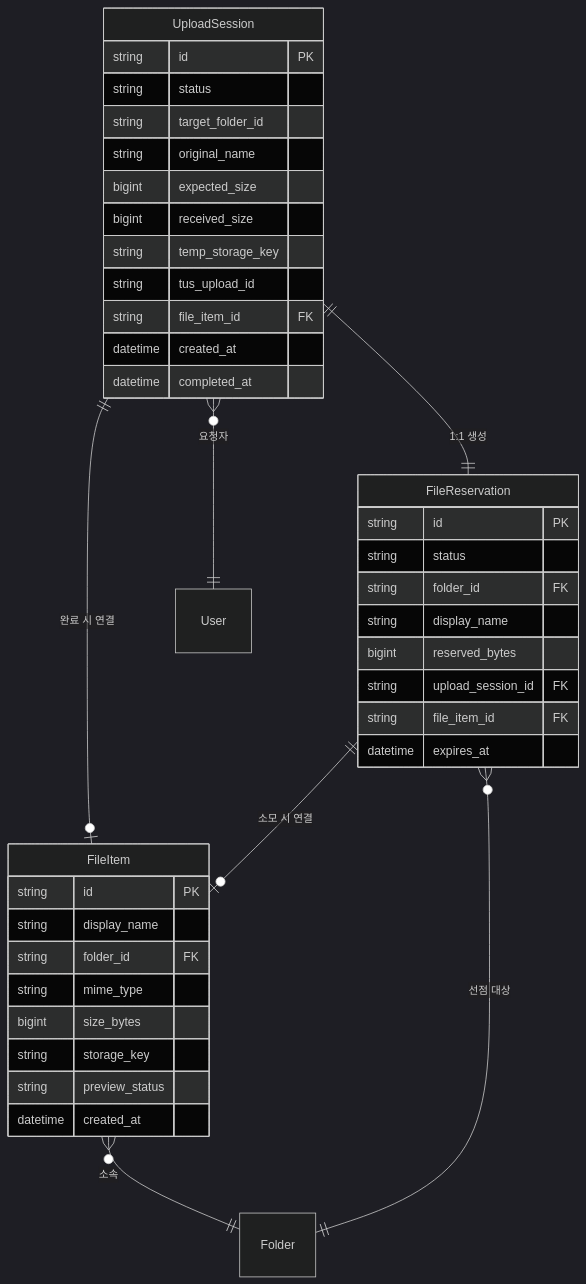
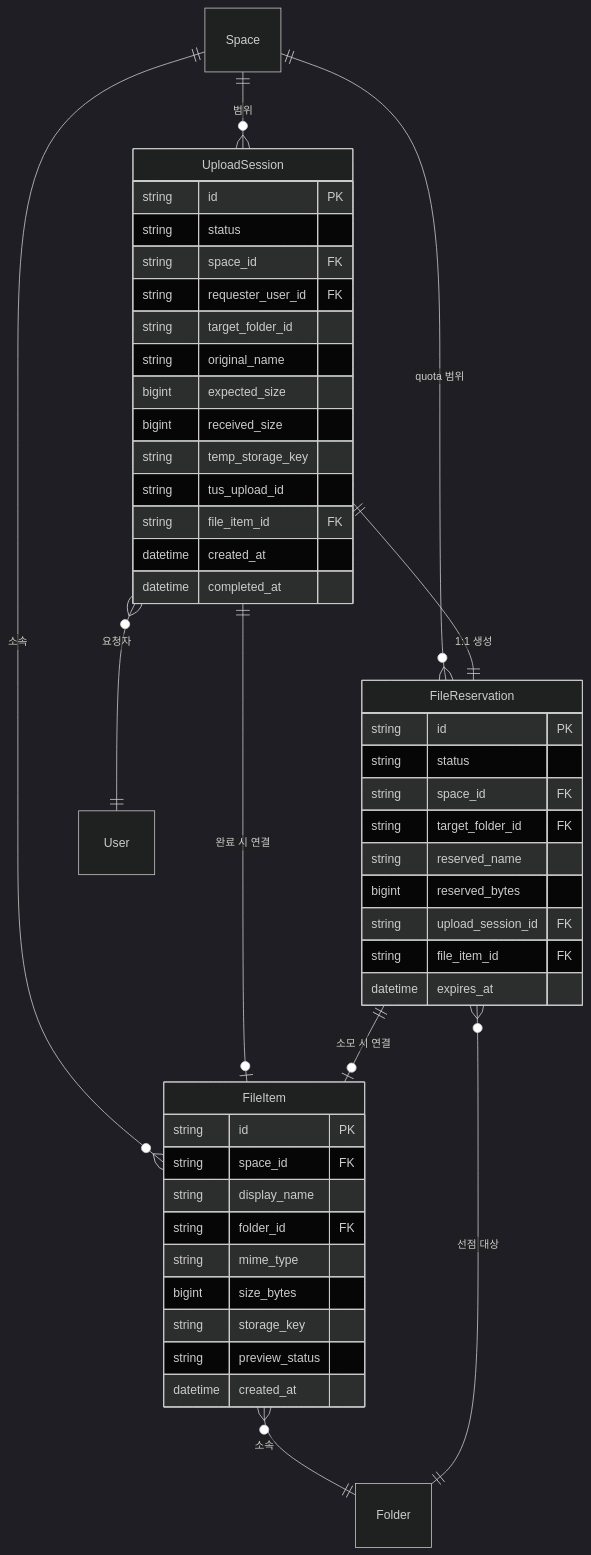
One commit to Cloud-Sharp/docs changed the first of 17 diagrams in docs/설계/pipeline/업로드 파이프라인.md. Above: the diagram before and after it, drawn with Mermaid (dark theme). The commit also changed other lines of this file and 5 other files, not shown here.

Commit message:
Align docs with Space-based upload and finalize model

````diff
--- a/docs/설계/pipeline/업로드 파이프라인.md
+++ b/docs/설계/pipeline/업로드 파이프라인.md
@@ -18,45 +18,52 @@
 ```mermaid
 erDiagram
+    Space ||--o{ UploadSession : "범위"
+    Space ||--o{ FileReservation : "quota 범위"
+    Space ||--o{ FileItem : "소속"
     UploadSession ||--|| FileReservation : "1:1 생성"
     UploadSession ||--o| FileItem : "완료 시 연결"
     FileReservation ||--o| FileItem : "소모 시 연결"
     FileItem }o--|| Folder : "소속"
     UploadSession }o--|| User : "요청자"
     FileReservation }o--|| Folder : "선점 대상"
 
     UploadSession {
         string id PK
         string status
+        string space_id FK
+        string requester_user_id FK
         string target_folder_id
         string original_name
         bigint expected_size
         bigint received_size
         string temp_storage_key
         string tus_upload_id
         string file_item_id FK
         datetime created_at
         datetime completed_at
     }
 
     FileReservation {
         string id PK
         string status
-        string folder_id FK
-        string display_name
+        string space_id FK
+        string target_folder_id FK
+        string reserved_name
         bigint reserved_bytes
         string upload_session_id FK
         string file_item_id FK
         datetime expires_at
     }
 
     FileItem {
         string id PK
+        string space_id FK
         string display_name
         string folder_id FK
         string mime_type
         bigint size_bytes
         string storage_key
         string preview_status
         datetime created_at
     }
 ```
````
